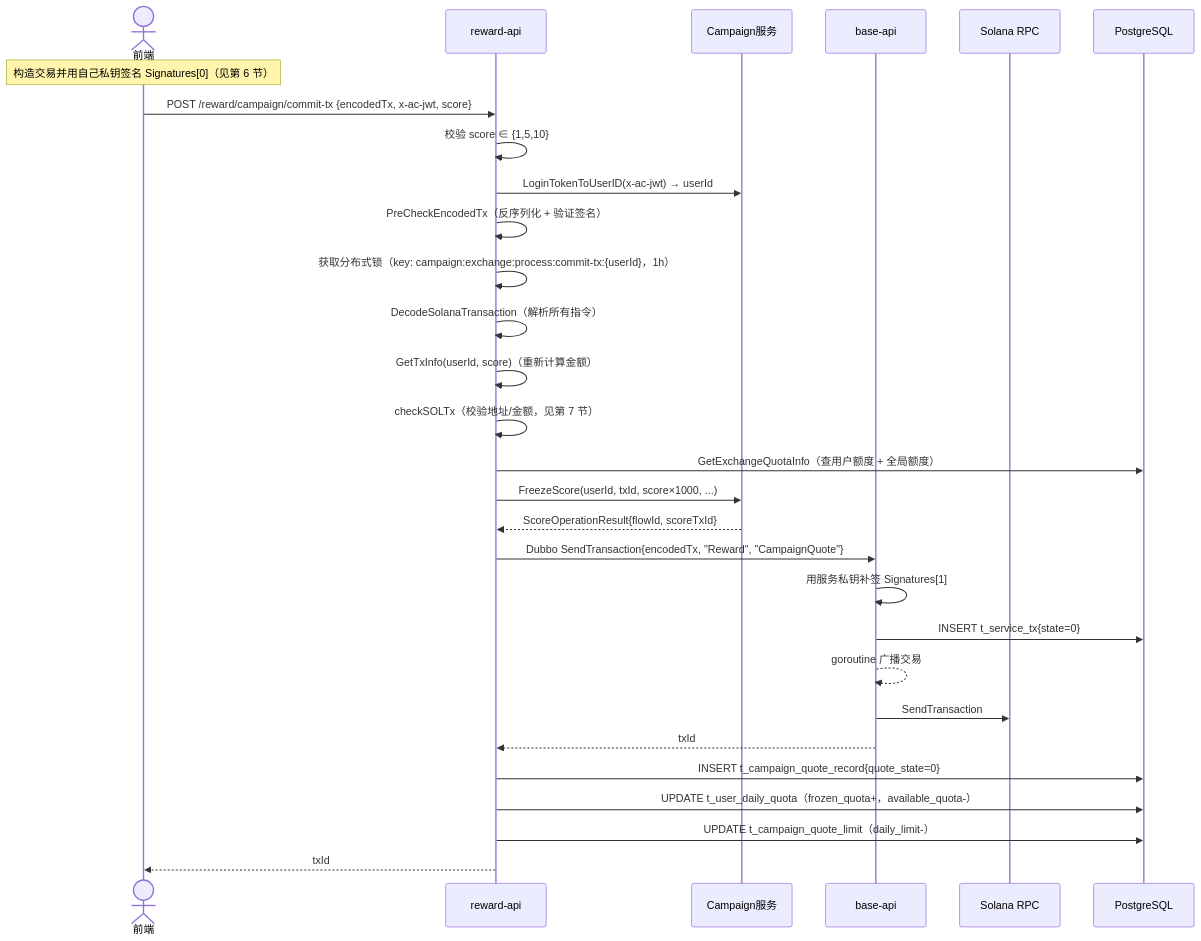
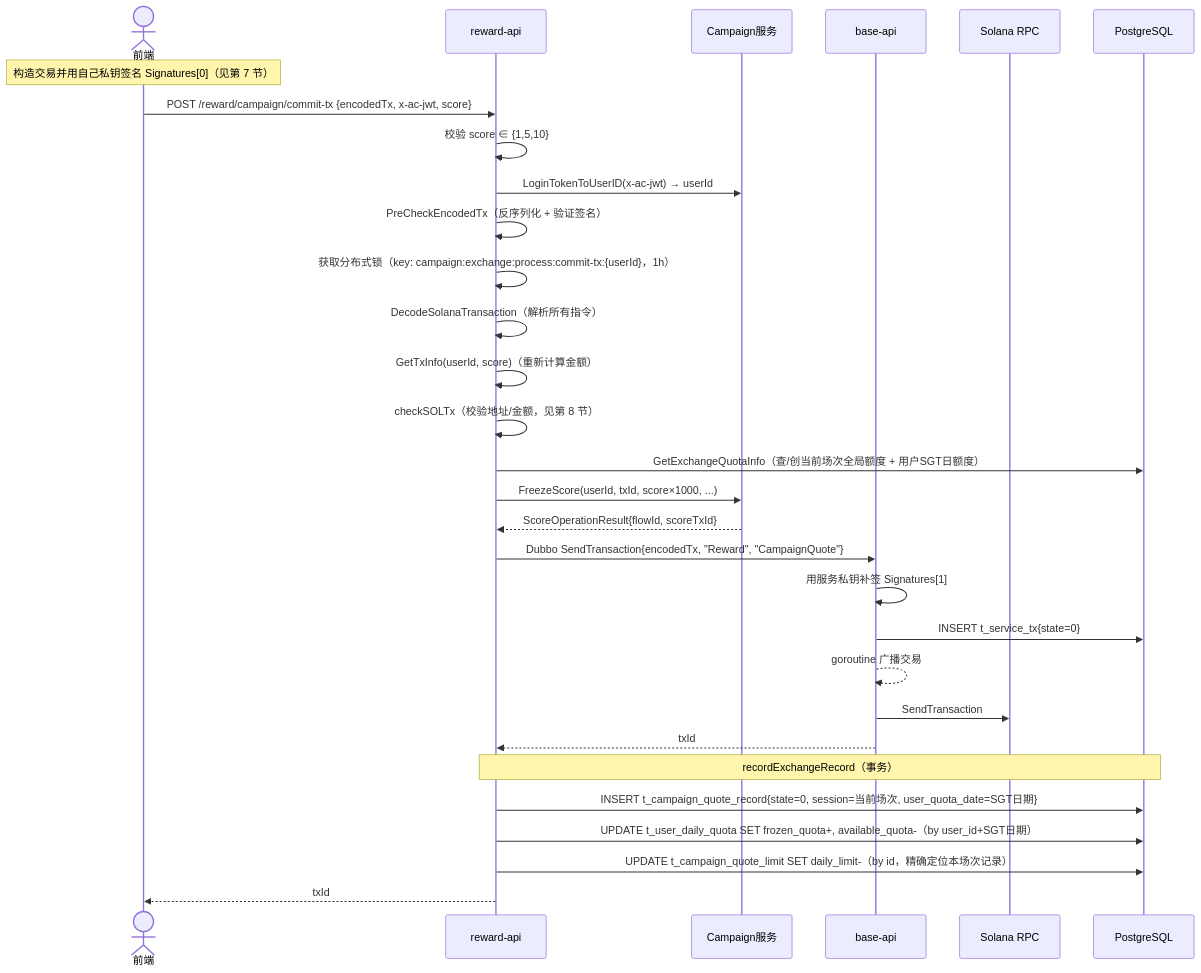
Before and after one commit to BillInUK/oshit-go: the third of 7 diagrams in docs/v1/reward_campaign.md, drawn with Mermaid. The commit also changed other lines of this file and 8 other files, not shown here.

````diff
--- a/docs/v1/reward_campaign.md
+++ b/docs/v1/reward_campaign.md
@@ -189,36 +253,37 @@
 ```mermaid
 sequenceDiagram
     actor FE as 前端
     participant R as reward-api
     participant C as Campaign服务
     participant B as base-api
     participant SOL as Solana RPC
     participant DB as PostgreSQL
 
-    Note over FE: 构造交易并用自己私钥签名 Signatures[0]（见第 6 节）
+    Note over FE: 构造交易并用自己私钥签名 Signatures[0]（见第 7 节）
 
     FE->>R: POST /reward/campaign/commit-tx {encodedTx, x-ac-jwt, score}
     R->>R: 校验 score ∈ {1,5,10}
     R->>C: LoginTokenToUserID(x-ac-jwt) → userId
     R->>R: PreCheckEncodedTx（反序列化 + 验证签名）
     R->>R: 获取分布式锁（key: campaign:exchange:process:commit-tx:{userId}，1h）
     R->>R: DecodeSolanaTransaction（解析所有指令）
     R->>R: GetTxInfo(userId, score)（重新计算金额）
-    R->>R: checkSOLTx（校验地址/金额，见第 7 节）
-    R->>DB: GetExchangeQuotaInfo（查用户额度 + 全局额度）
+    R->>R: checkSOLTx（校验地址/金额，见第 8 节）
+    R->>DB: GetExchangeQuotaInfo（查/创当前场次全局额度 + 用户SGT日额度）
 
     R->>C: FreezeScore(userId, txId, score×1000, ...)
     C-->>R: ScoreOperationResult{flowId, scoreTxId}
 
     R->>B: Dubbo SendTransaction{encodedTx, "Reward", "CampaignQuote"}
     B->>B: 用服务私钥补签 Signatures[1]
     B->>DB: INSERT t_service_tx{state=0}
     B-->>B: goroutine 广播交易
     B->>SOL: SendTransaction
     B-->>R: txId
 
-    R->>DB: INSERT t_campaign_quote_record{quote_state=0}
-    R->>DB: UPDATE t_user_daily_quota（frozen_quota+，available_quota-）
-    R->>DB: UPDATE t_campaign_quote_limit（daily_limit-）
+    Note over R,DB: recordExchangeRecord（事务）
+    R->>DB: INSERT t_campaign_quote_record{state=0, session=当前场次, user_quota_date=SGT日期}
+    R->>DB: UPDATE t_user_daily_quota SET frozen_quota+, available_quota-（by user_id+SGT日期）
+    R->>DB: UPDATE t_campaign_quote_limit SET daily_limit-（by id，精确定位本场次记录）
     R-->>FE: txId
 ```
````
